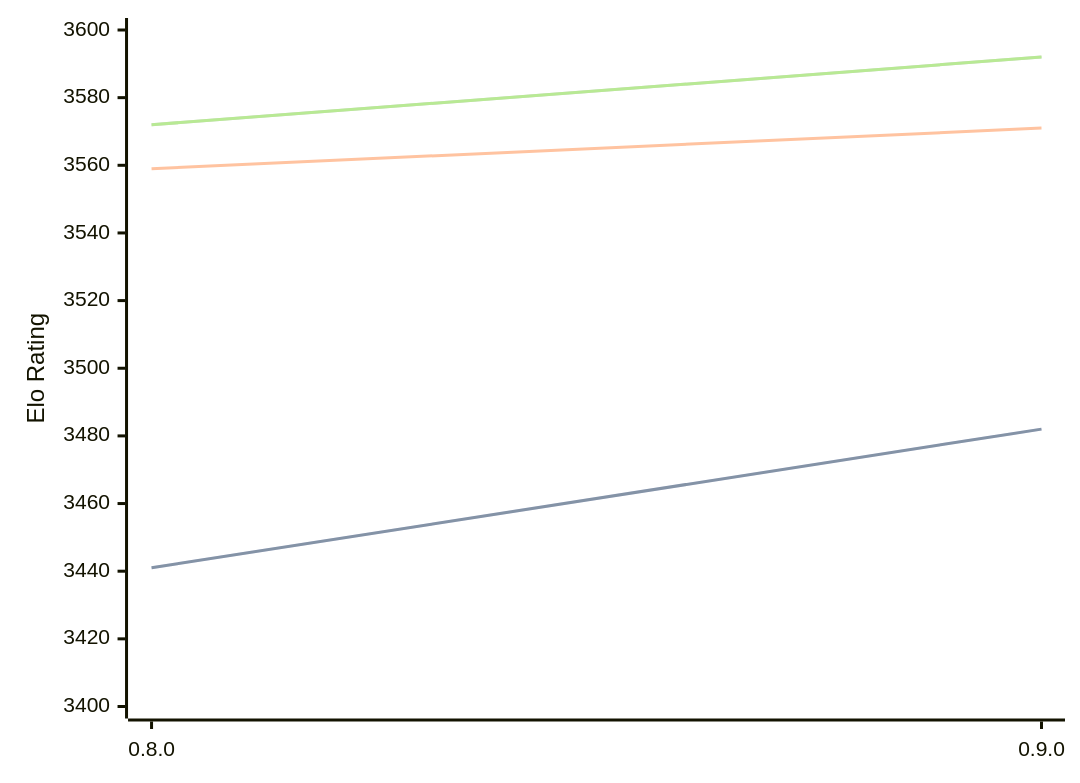
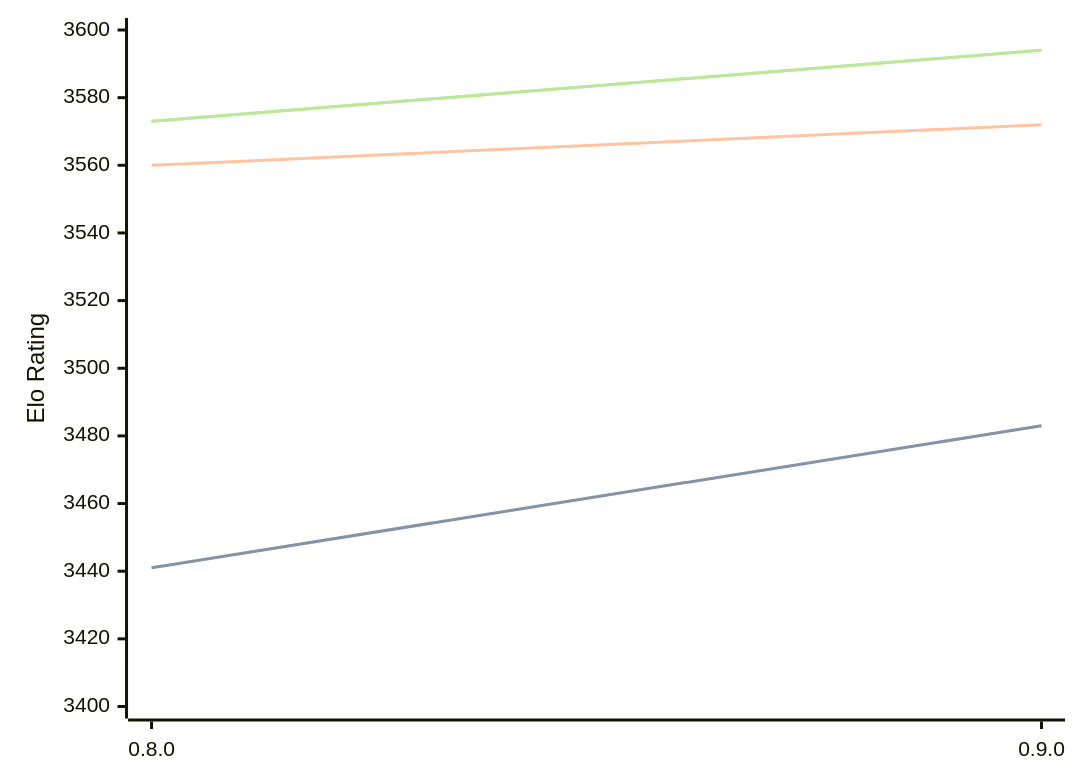
One commit to computer-chess-index/cci changed the diagram in engines/Reckless.md. Above: the diagram before and after it, drawn with Mermaid. The commit also changed other lines of this file, not shown here.

Commit message:
Update CCI Ratings (ELO VLTC) - 2026-08-26

````diff
--- a/engines/Reckless.md
+++ b/engines/Reckless.md
@@ -32,11 +32,11 @@
 ```mermaid
 %%{init: {"theme":"base","themeVariables":{"seriesColors:['#a3a3a3','#222221','#faa371']}}}%%
 xychart-beta
   x-axis ["0.8.0", "0.9.0"]
   y-axis "Elo Rating" 3400 --> 3600
-  line "STC (8.0+0.08s)" [3441, 3482]
-  line "STC (8.0+0.08s)" [3441, 3482]
-  line "LTC (60.0+0.60s)" [3559, 3571]
-  line "VLTC (2m24s+1.12s)" [3572, 3592]
-  line "VLTC (2m24s+1.12s)" [3572, 3592]
+  line "STC (8.0+0.08s)" [3441, 3483]
+  line "STC (8.0+0.08s)" [3441, 3483]
+  line "LTC (60.0+0.60s)" [3560, 3572]
+  line "VLTC (2m24s+1.12s)" [3573, 3594]
+  line "VLTC (2m24s+1.12s)" [3573, 3594]
 ```
````
